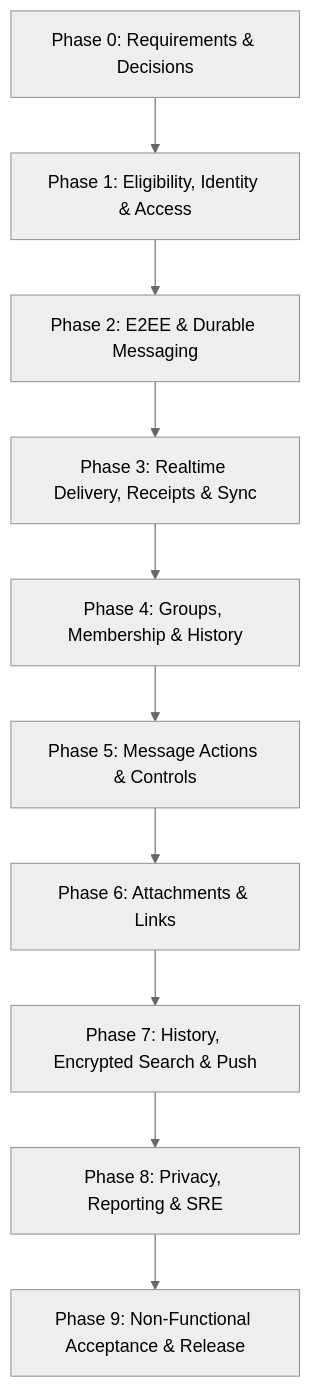
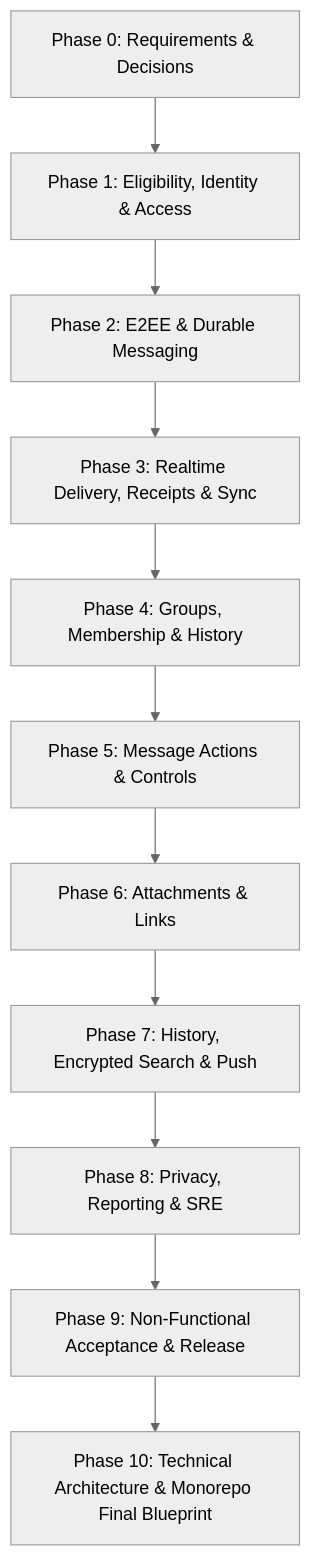
Before and after one commit to Arpitpatidar00/Chat-App-System: the diagram in phases/README.md, drawn with Mermaid (neutral theme). The commit also changed other lines of this file and 17 other files, not shown here.

````diff
--- a/phases/README.md
+++ b/phases/README.md
@@ -35,12 +36,13 @@
 ```mermaid
 graph TD
     P0[Phase 0: Requirements & Decisions] --> P1[Phase 1: Eligibility, Identity & Access]
     P1 --> P2[Phase 2: E2EE & Durable Messaging]
     P2 --> P3[Phase 3: Realtime Delivery, Receipts & Sync]
     P3 --> P4[Phase 4: Groups, Membership & History]
     P4 --> P5[Phase 5: Message Actions & Controls]
     P5 --> P6[Phase 6: Attachments & Links]
     P6 --> P7[Phase 7: History, Encrypted Search & Push]
     P7 --> P8[Phase 8: Privacy, Reporting & SRE]
     P8 --> P9[Phase 9: Non-Functional Acceptance & Release]
+    P9 --> P10[Phase 10: Technical Architecture & Monorepo Final Blueprint]
 ```
````
